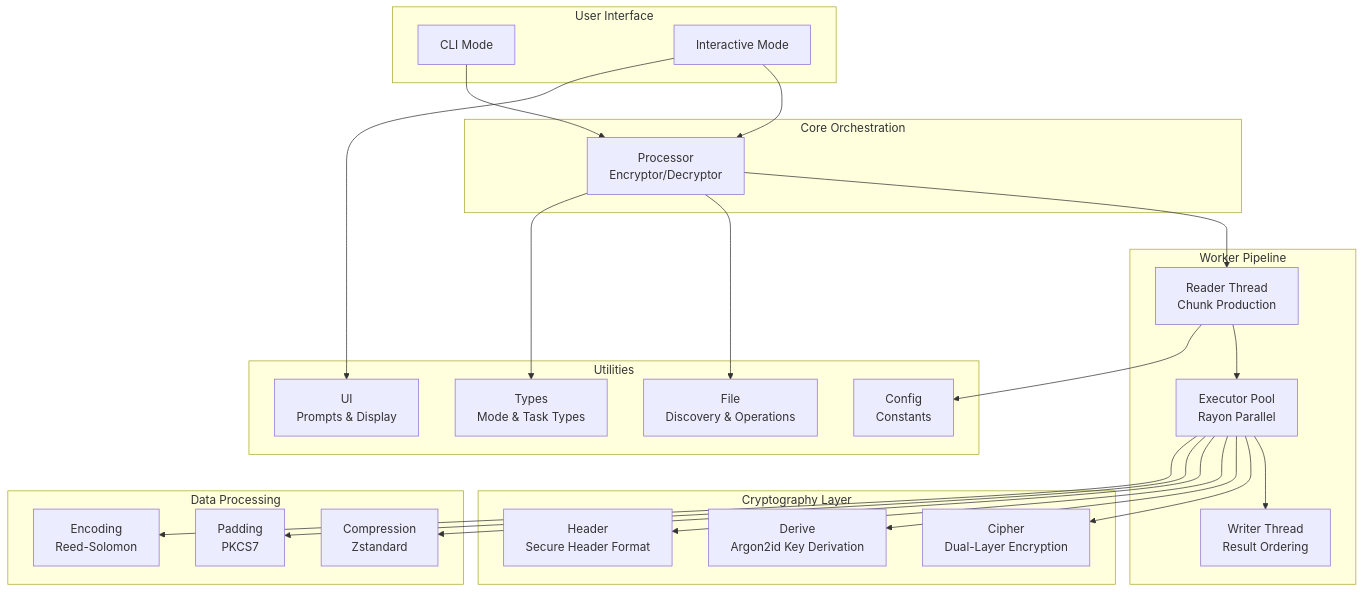
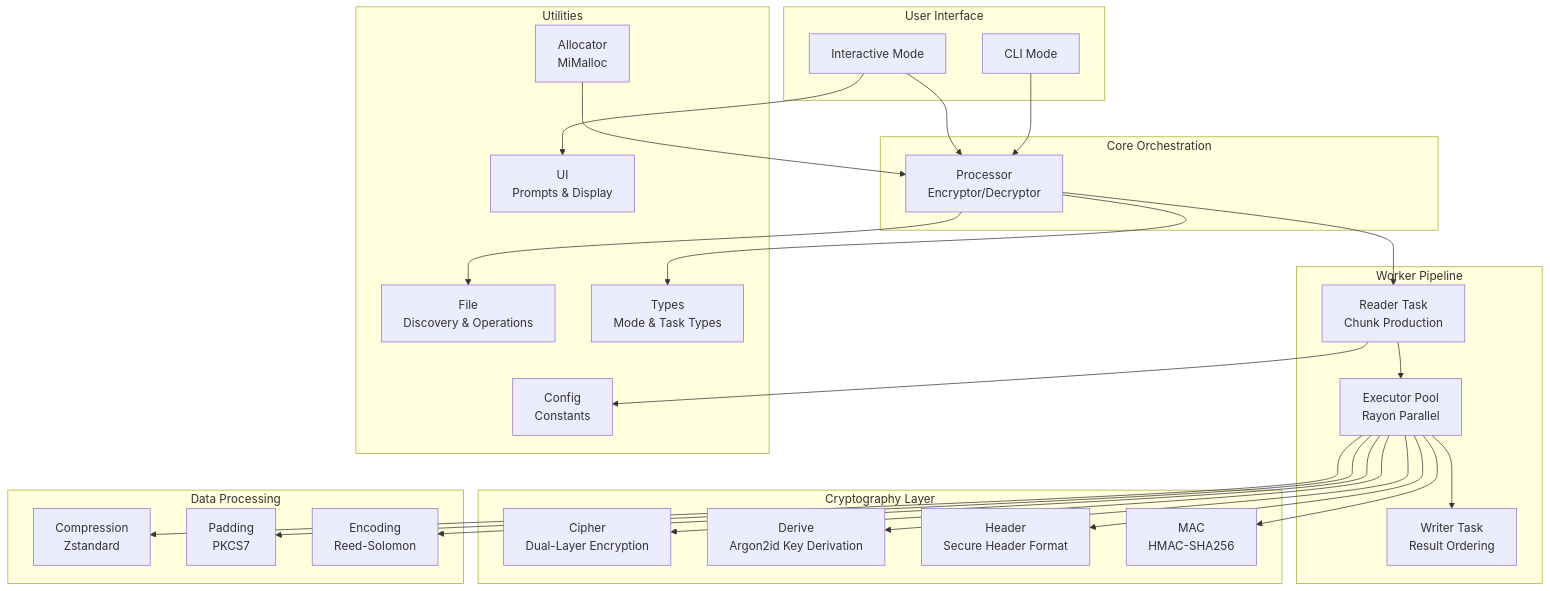
One commit to hambosto/sweetbyte-rs changed the second of 2 diagrams in README.md. Above: the diagram before and after it, drawn with Mermaid. The commit also changed other lines of this file and 15 other files, not shown here.

````diff
--- a/README.md
+++ b/README.md
@@ -97,55 +98,59 @@
 ```mermaid
 graph TD
     subgraph User Interface
         A[CLI Mode]
         B[Interactive Mode]
     end
 
     subgraph Core Orchestration
         C[Processor<br/>Encryptor/Decryptor]
     end
 
     subgraph Worker Pipeline
-        D[Reader Thread<br/>Chunk Production]
+        D[Reader Task<br/>Chunk Production]
         E[Executor Pool<br/>Rayon Parallel]
-        F[Writer Thread<br/>Result Ordering]
+        F[Writer Task<br/>Result Ordering]
     end
 
     subgraph Cryptography Layer
         G[Cipher<br/>Dual-Layer Encryption]
         H[Derive<br/>Argon2id Key Derivation]
         I[Header<br/>Secure Header Format]
+        J[MAC<br/>HMAC-SHA256]
     end
 
     subgraph Data Processing
-        J[Compression<br/>Zstandard]
-        K[Padding<br/>PKCS7]
-        L[Encoding<br/>Reed-Solomon]
+        K[Compression<br/>Zstandard]
+        L[Padding<br/>PKCS7]
+        M[Encoding<br/>Reed-Solomon]
     end
 
     subgraph Utilities
-        M[File<br/>Discovery & Operations]
-        N[UI<br/>Prompts & Display]
-        O[Config<br/>Constants]
-        P[Types<br/>Mode & Task Types]
+        N[File<br/>Discovery & Operations]
+        O[UI<br/>Prompts & Display]
+        P[Config<br/>Constants]
+        Q[Types<br/>Mode & Task Types]
+        R[Allocator<br/>MiMalloc]
     end
 
     A --> C
     B --> C
 
     C --> D
     D --> E
     E --> F
 
     E --> G
     E --> H
     E --> I
     E --> J
     E --> K
     E --> L
+    E --> M
 
-    C --> M
-    B --> N
-    D --> O
-    C --> P
+    C --> N
+    B --> O
+    D --> P
+    C --> Q
+    R --> C
 ```
````
